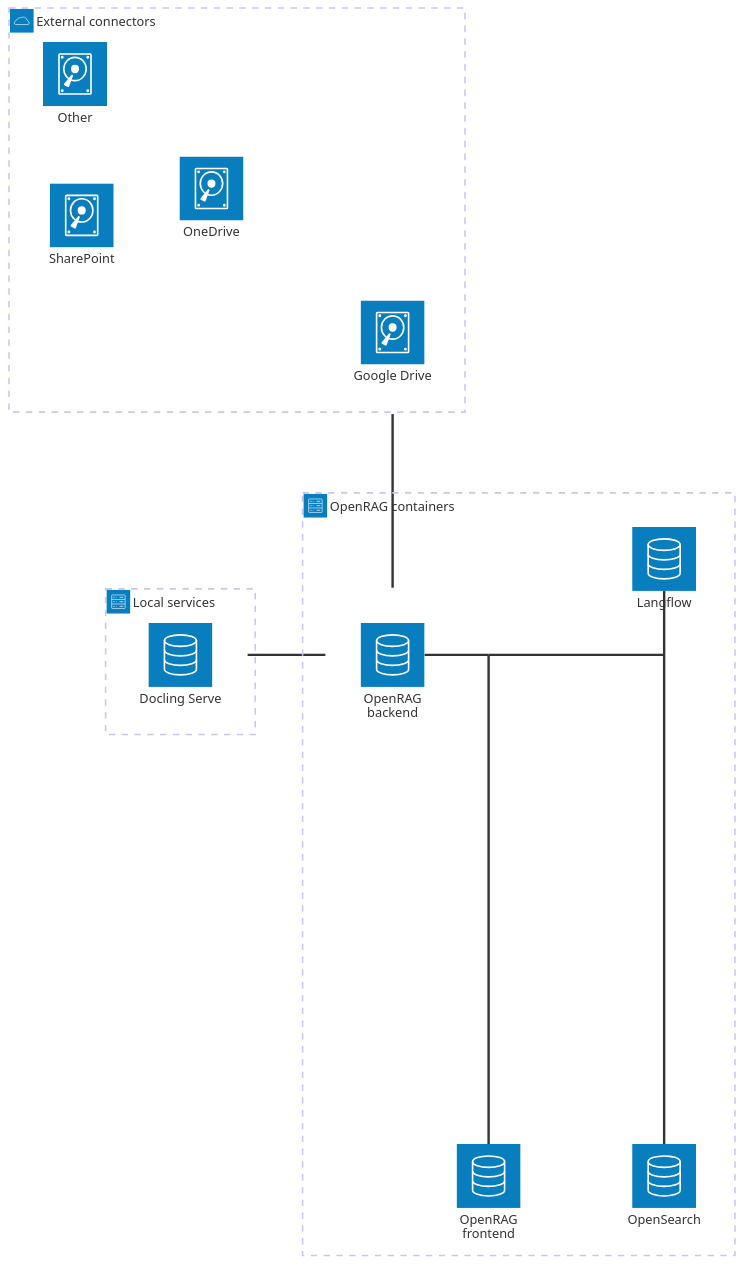
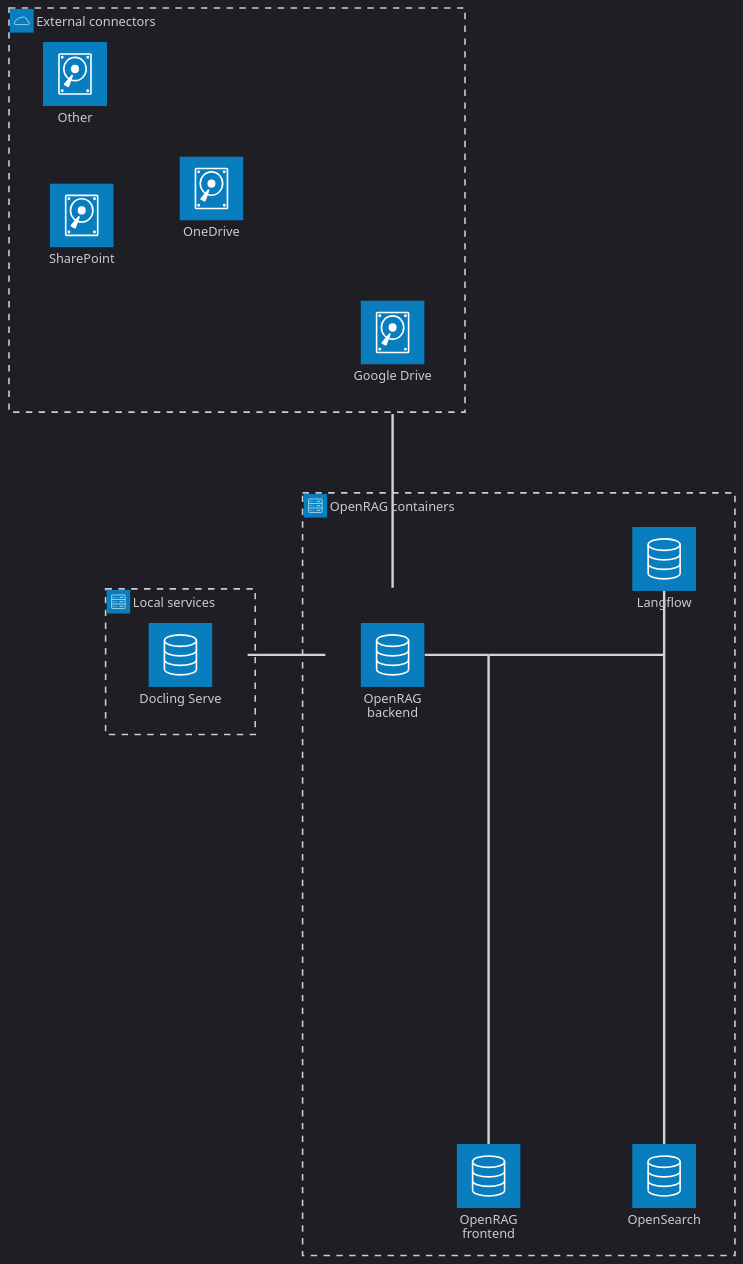
One commit to langflow-ai/openrag changed the second of 3 diagrams in docs/docs/get-started/what-is-openrag.mdx. Above: the diagram before and after it, drawn with Mermaid. The commit also changed other lines of this file, not shown here.

````diff
--- a/docs/docs/get-started/what-is-openrag.mdx
+++ b/docs/docs/get-started/what-is-openrag.mdx
@@ -78,28 +78,29 @@
 ```mermaid
+%%{init: {'theme': 'dark', 'flowchart': {'useMaxWidth': true, 'width': '100%'}}}%%
 architecture-beta
     group ext(cloud)[External connectors]
     service drive1(disk)[Google Drive] in ext
     service drive2(disk)[OneDrive] in ext
     service drive3(disk)[SharePoint] in ext
     service drive4(disk)[Other] in ext
 
     group local(server)[Local services]
     service docling(database)[Docling Serve] in local
 
     group containers(server)[OpenRAG containers]
     service backend(database)[OpenRAG backend] in containers
     service langflow(database)[Langflow] in containers
     service opensearch(database)[OpenSearch] in containers
     service frontend(database)[OpenRAG frontend] in containers
     junction junctionCenter
     junction junctionRight
 
     backend:R -- L:junctionCenter
     frontend:T -- B:junctionCenter
     junctionCenter:R -- L:junctionRight
     langflow:B -- T:junctionRight
     opensearch:T -- B:junctionRight
 
     docling{group}:R -- L:backend{group}
     drive1{group}:B -- T:backend{group}
 ```
````
